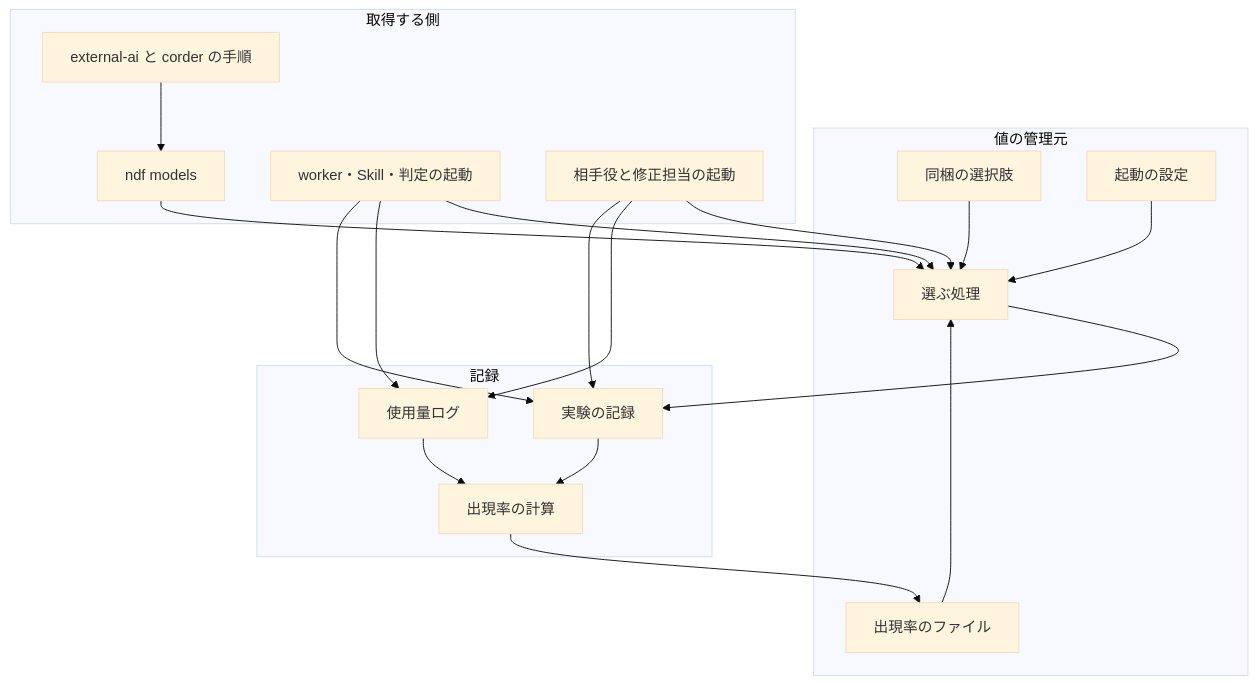
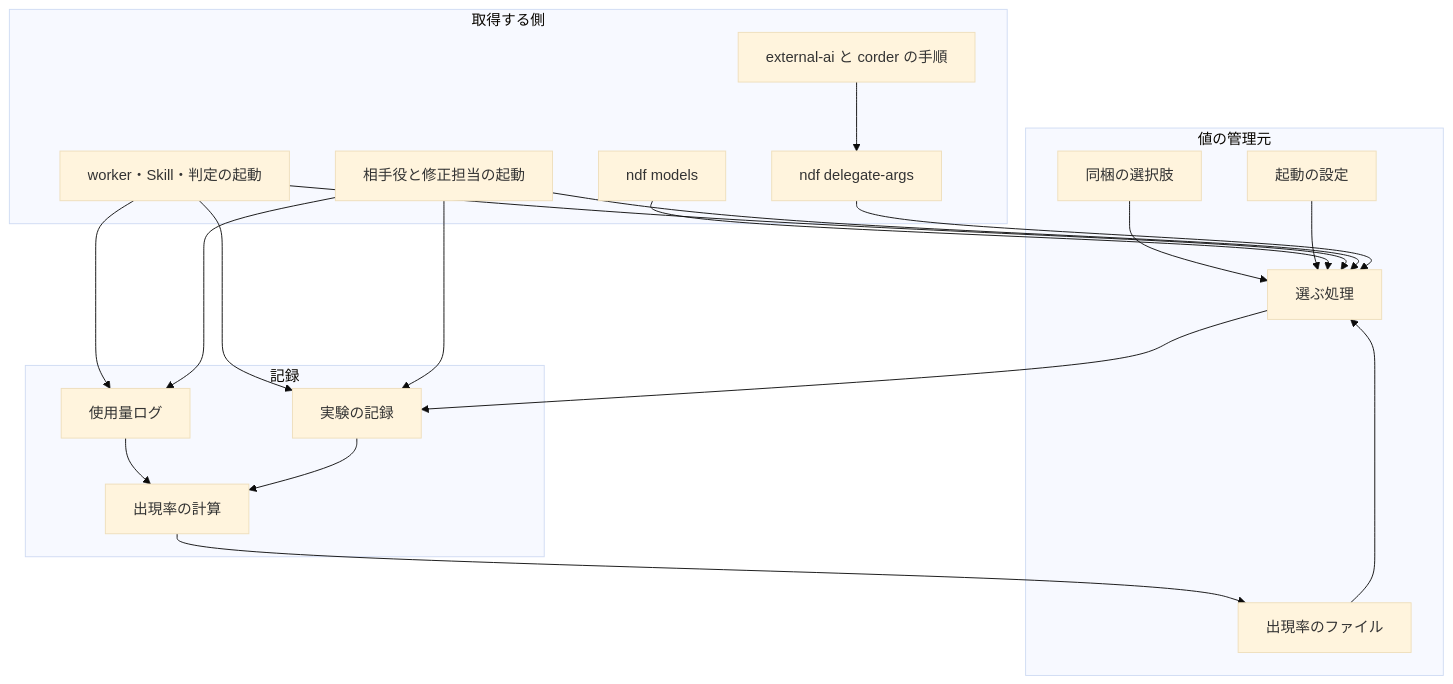
Before and after one commit to devbasex/ai-plugins: the third of 5 diagrams in issues/issue-2944-design.md, drawn with Mermaid (base theme). The commit also changed other lines of this file and 1 other file, not shown here.

````diff
--- a/issues/issue-2944-design.md
+++ b/issues/issue-2944-design.md
@@ -170,27 +171,29 @@
 ```mermaid
 graph TD
     subgraph 値の管理元
         T[同梱の選択肢]
         P[起動の設定]
         F[出現率のファイル]
         R[選ぶ処理]
     end
     subgraph 取得する側
         M[ndf models]
+        D[ndf delegate-args]
         W[worker・Skill・判定の起動]
         S[相手役と修正担当の起動]
         E[external-ai と corder の手順]
     end
     subgraph 記録
         U[使用量ログ]
         X[実験の記録]
         B[出現率の計算]
     end
     T & P & F --> R
     M & W & S --> R
-    E --> M
+    E --> D
+    D --> R
     R --> X
     W & S --> U
     W & S --> X
     U & X --> B --> F
 ```
````
